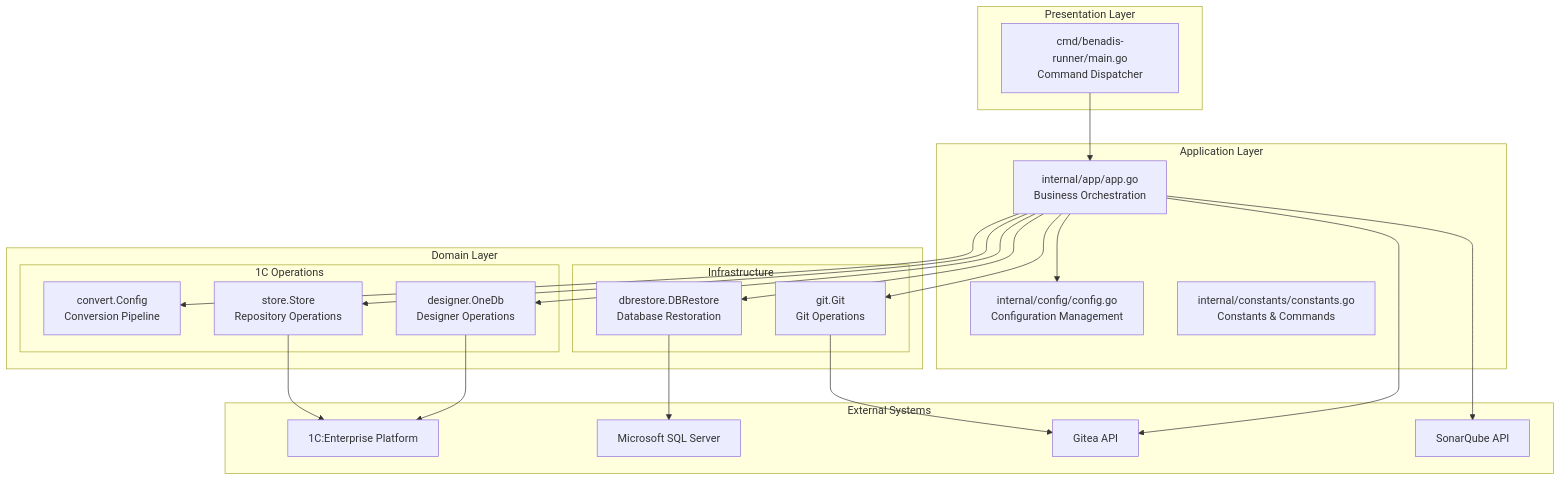
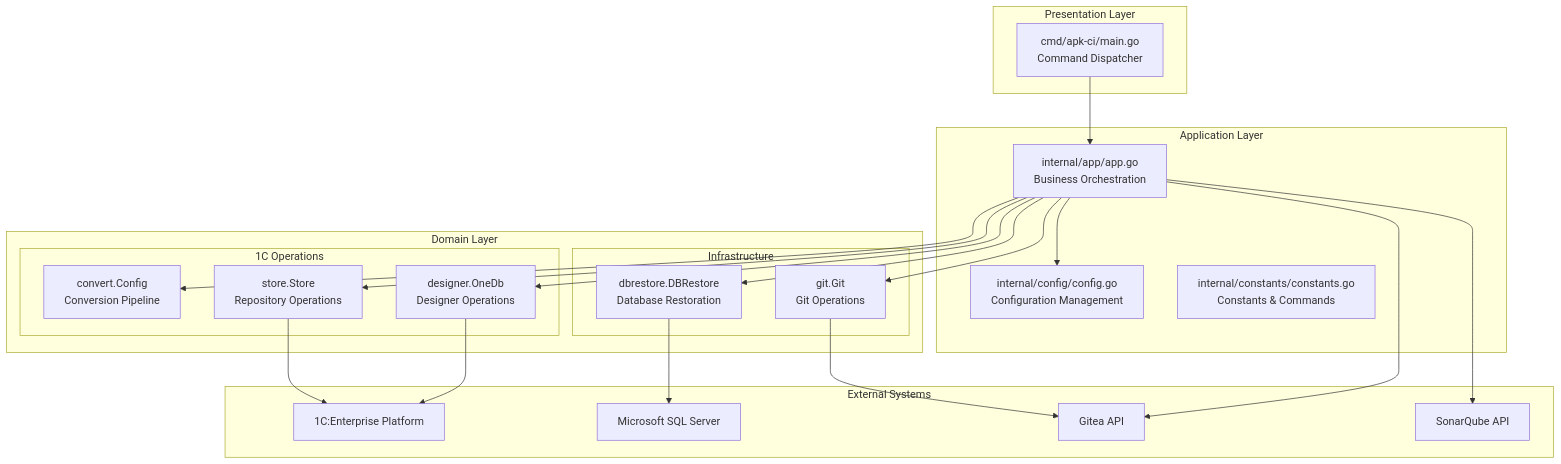
The second of 7 diagrams in .qoder/repowiki/en/content/Development Guide/Architectural Foundation.md (Kargones/apk-ci), drawn with Mermaid before and after one commit. The commit also changed other lines of this file and 189 other files, not shown here.

Commit message:
Замена benadis-runner на apk-ci.

````diff
--- a/.qoder/repowiki/en/content/Development Guide/Architectural Foundation.md
+++ b/.qoder/repowiki/en/content/Development Guide/Architectural Foundation.md
@@ -121,41 +121,41 @@
 ```mermaid
 graph TB
 subgraph "Presentation Layer"
-MAIN["cmd/benadis-runner/main.go<br/>Command Dispatcher"]
+MAIN["cmd/apk-ci/main.go<br/>Command Dispatcher"]
 end
 subgraph "Application Layer"
 APPCORE["internal/app/app.go<br/>Business Orchestration"]
 CONFIGCORE["internal/config/config.go<br/>Configuration Management"]
 CONSTCORE["internal/constants/constants.go<br/>Constants & Commands"]
 end
 subgraph "Domain Layer"
 subgraph "1C Operations"
 CONVERTMOD["convert.Config<br/>Conversion Pipeline"]
 DESIGNERMOD["designer.OneDb<br/>Designer Operations"]
 STOREMOD["store.Store<br/>Repository Operations"]
 end
 subgraph "Infrastructure"
 DBRESTOREMOD["dbrestore.DBRestore<br/>Database Restoration"]
 GITMOD["git.Git<br/>Git Operations"]
 end
 end
 subgraph "External Systems"
 ONEC["1C:Enterprise Platform"]
 MSSQL["Microsoft SQL Server"]
 GITEA["Gitea API"]
 SONARQUBE["SonarQube API"]
 end
 MAIN --> APPCORE
 APPCORE --> CONFIGCORE
 APPCORE --> CONVERTMOD
 APPCORE --> DESIGNERMOD
 APPCORE --> STOREMOD
 APPCORE --> DBRESTOREMOD
 APPCORE --> GITMOD
 APPCORE --> GITEA
 APPCORE --> SONARQUBE
 DESIGNERMOD --> ONEC
 STOREMOD --> ONEC
 DBRESTOREMOD --> MSSQL
 GITMOD --> GITEA
 ```
````
